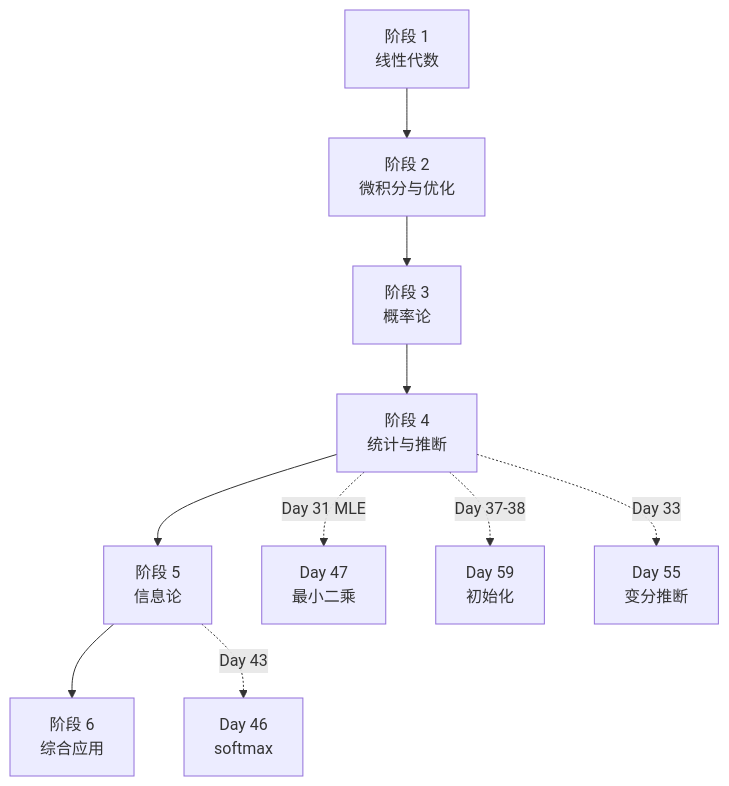
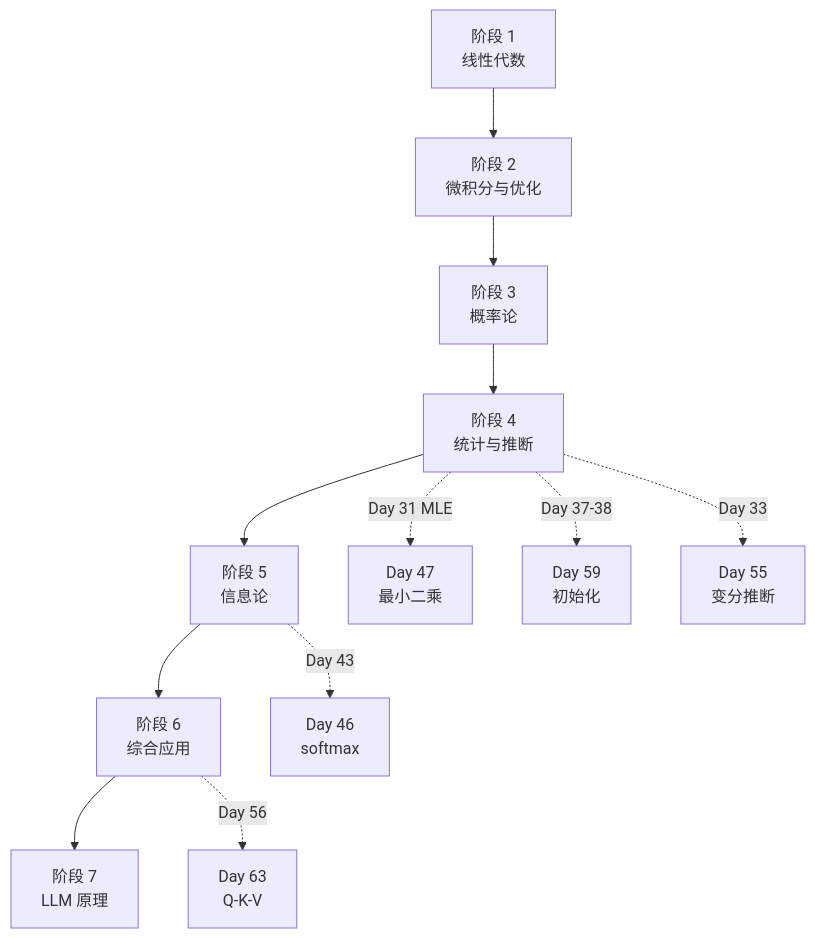
The third of 3 diagrams in README.md (cloudyan/ai-math-docs), drawn with Mermaid before and after one commit. The commit also changed other lines of this file and 3 other files, not shown here.

Commit message:
✨ 新增阶段 7：LLM 原理与 Prompt 工程（Day 61-70）

````diff
--- a/README.md
+++ b/README.md
@@ -124,13 +138,15 @@
 ```mermaid
 graph TD
     S1[阶段 1<br>线性代数] --> S2[阶段 2<br>微积分与优化]
     S2 --> S3[阶段 3<br>概率论]
     S3 --> S4[阶段 4<br>统计与推断]
     S4 --> S5[阶段 5<br>信息论]
     S5 --> S6[阶段 6<br>综合应用]
+    S6 --> S7[阶段 7<br>LLM 原理]
     
     S4 -.->|Day 31 MLE| Day47[Day 47<br>最小二乘]
     S4 -.->|Day 37-38| Day59[Day 59<br>初始化]
     S5 -.->|Day 43| Day46[Day 46<br>softmax]
     S4 -.->|Day 33| Day55[Day 55<br>变分推断]
+    S6 -.->|Day 56| Day63[Day 63<br>Q-K-V]
 ```
````
